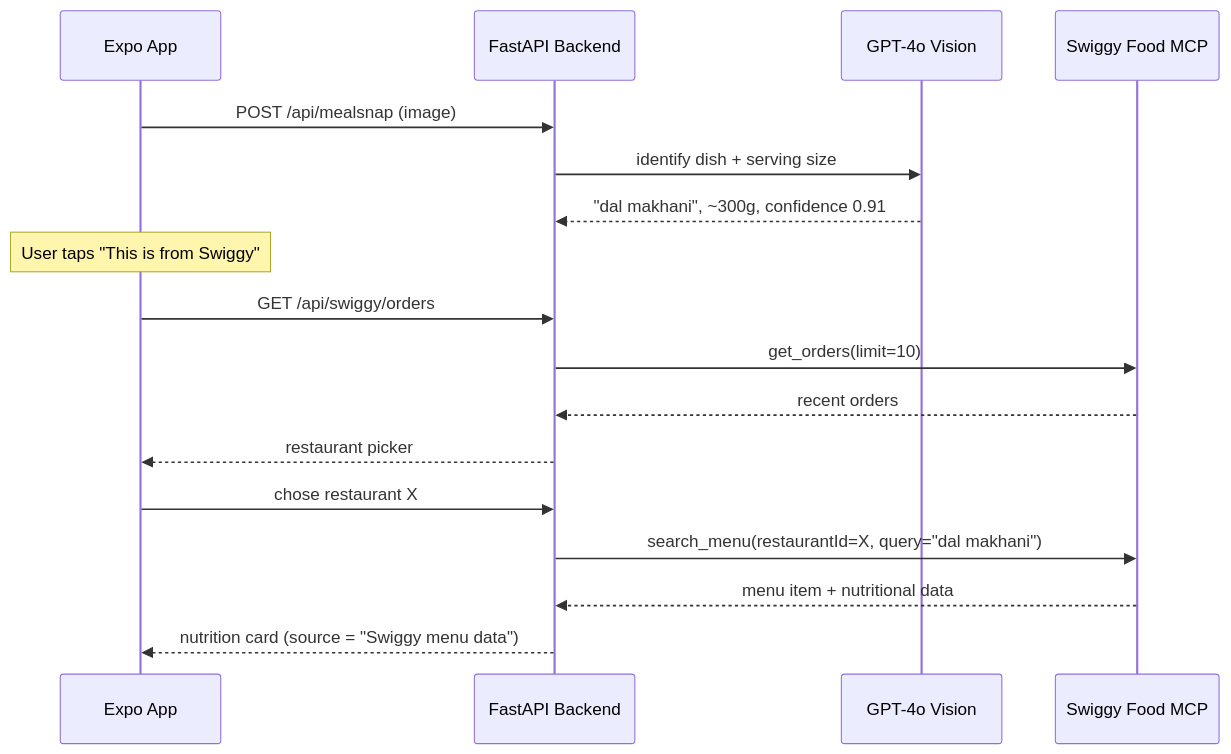
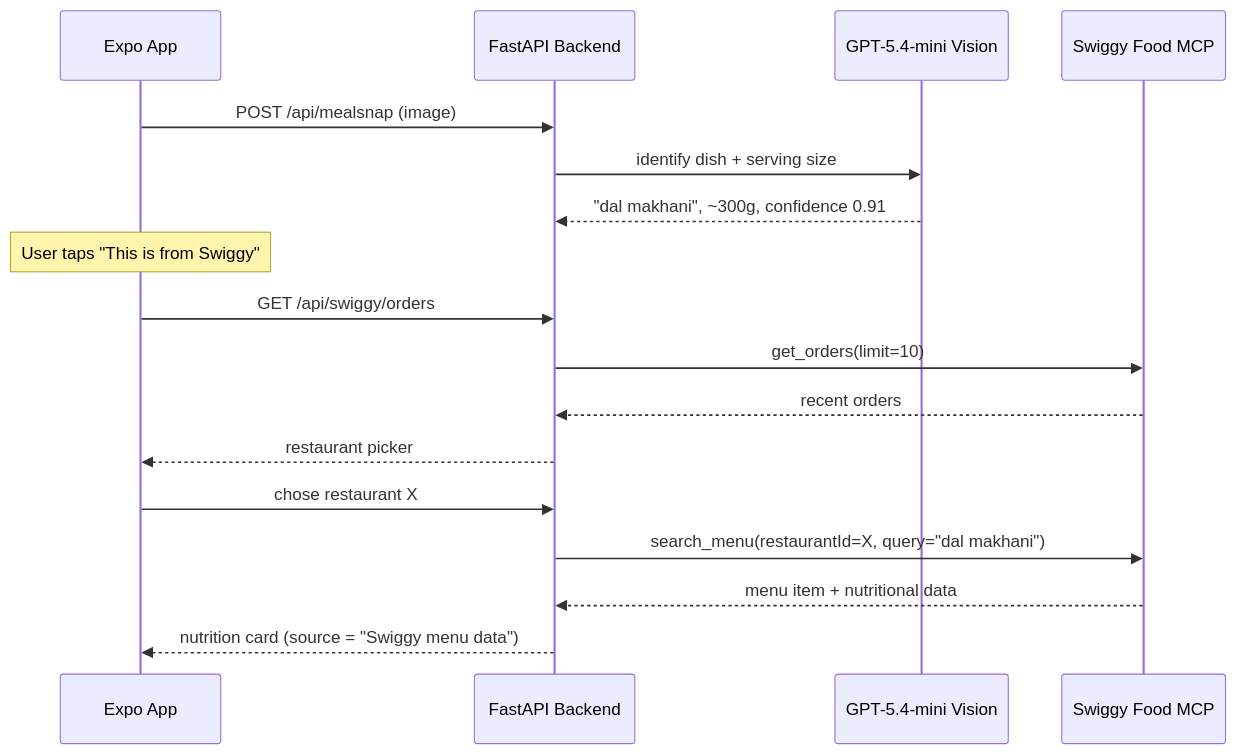
The second of 3 diagrams in README.md (AmaanBarmare/snapcal), drawn with Mermaid before and after one commit. The commit also changed other lines of this file and 7 other files, not shown here.

````diff
--- a/README.md
+++ b/README.md
@@ -103,20 +103,20 @@
 ```mermaid
 sequenceDiagram
     participant App as Expo App
     participant BE as FastAPI Backend
-    participant Vis as GPT-4o Vision
+    participant Vis as GPT-5.4-mini Vision
     participant Food as Swiggy Food MCP
 
     App->>BE: POST /api/mealsnap (image)
     BE->>Vis: identify dish + serving size
     Vis-->>BE: "dal makhani", ~300g, confidence 0.91
     Note over App: User taps "This is from Swiggy"
     App->>BE: GET /api/swiggy/orders
     BE->>Food: get_orders(limit=10)
     Food-->>BE: recent orders
     BE-->>App: restaurant picker
     App->>BE: chose restaurant X
     BE->>Food: search_menu(restaurantId=X, query="dal makhani")
     Food-->>BE: menu item + nutritional data
     BE-->>App: nutrition card (source = "Swiggy menu data")
 ```
````
